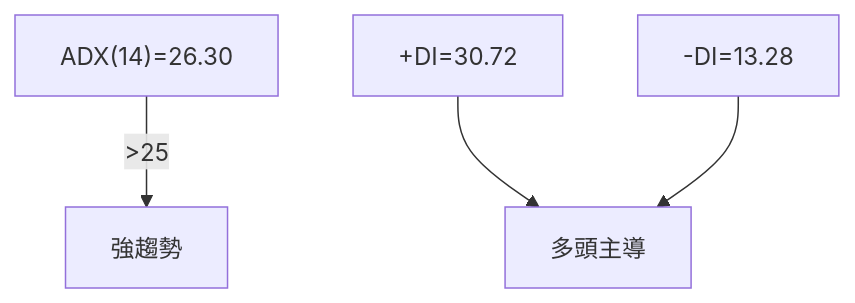
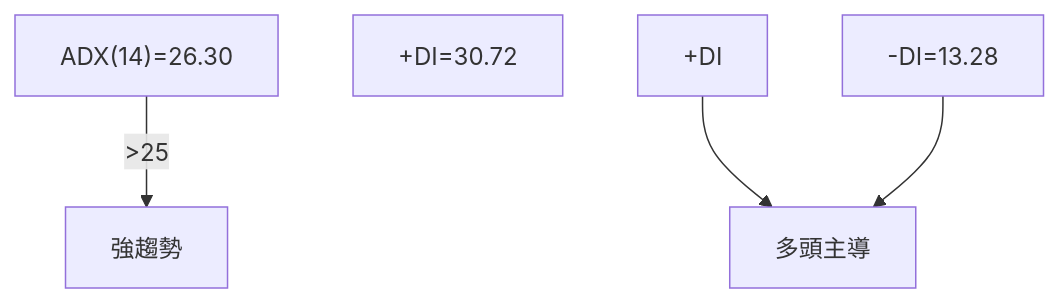
Before and after one commit to yennanliu/finance_data: the third of 9 diagrams in ai_gen_report/stock/pl/technical_analysis_2026-04-19_openai.md, drawn with Mermaid. The commit also changed other lines of this file and 2258 other files, not shown here.

First line of the commit message:
chore: backfill Mermaid syntax repair across existing reports

````diff
--- a/ai_gen_report/stock/pl/technical_analysis_2026-04-19_openai.md
+++ b/ai_gen_report/stock/pl/technical_analysis_2026-04-19_openai.md
@@ -139,9 +139,9 @@
 ```mermaid
 graph TD
     ADX["ADX(14)=26.30"]
-    ADX -->|>25| 強趨勢
+    ADX -->|">25"| 強趨勢
     +DI["+DI=30.72"]
     -DI["-DI=13.28"]
-    +DI --> 多頭主導
+    nb1["+DI"] --> 多頭主導
     -DI --> 多頭主導
 ```
````
